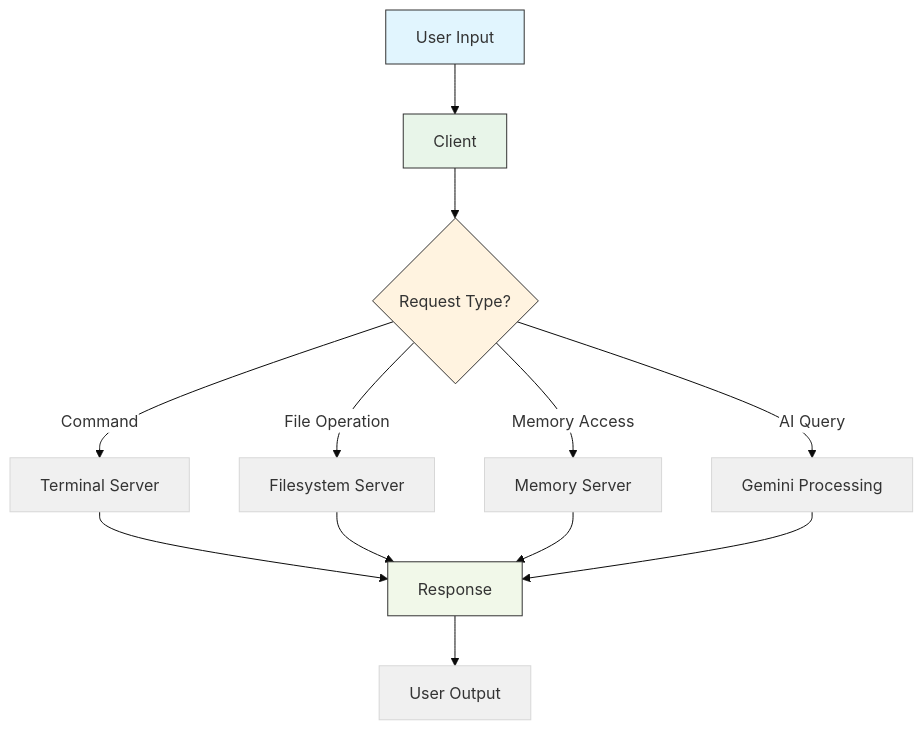
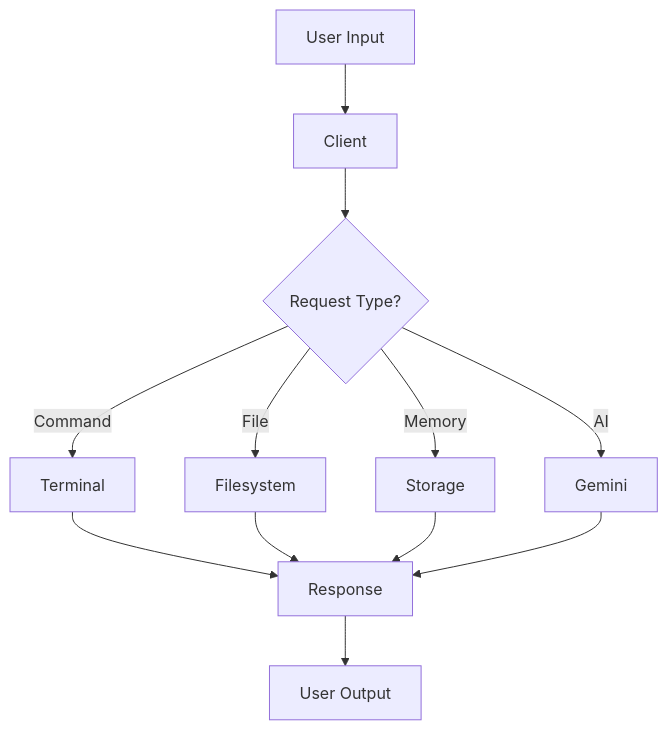
Before and after one commit to Techiral/mcp: the third of 4 diagrams in README.md, drawn with Mermaid. The commit also changed other lines of this file, not shown here.

````diff
--- a/README.md
+++ b/README.md
@@ -72,19 +84,14 @@
 ```mermaid
-%%{init: {'theme': 'base', 'themeVariables': { 'primaryColor': '#f0f0f0', 'nodeTextColor': '#333', 'edgeLabelBackground': '#fff'}}}%%
 flowchart TD
-    A[User Input] --> B[Client]
-    B --> C{Request Type?}
-    C -->|Command| D[Terminal Server]
-    C -->|File Operation| E[Filesystem Server]
-    C -->|Memory Access| F[Memory Server]
-    C -->|AI Query| G[Gemini Processing]
-    D --> H[Response]
-    E --> H
-    F --> H
-    G --> H
-    H --> I[User Output]
-    style A fill:#e1f5fe,stroke:#333
-    style B fill:#e8f5e9,stroke:#333
-    style C fill:#fff3e0,stroke:#333
-    style H fill:#f1f8e9,stroke:#333
+    Input[User Input] --> Client
+    Client --> Decision{Request Type?}
+    Decision -->|Command| Terminal
+    Decision -->|File| Filesystem
+    Decision -->|Memory| Storage
+    Decision -->|AI| Gemini
+    Terminal --> Response
+    Filesystem --> Response
+    Storage --> Response
+    Gemini --> Response
+    Response --> Output[User Output]
 ```
````
